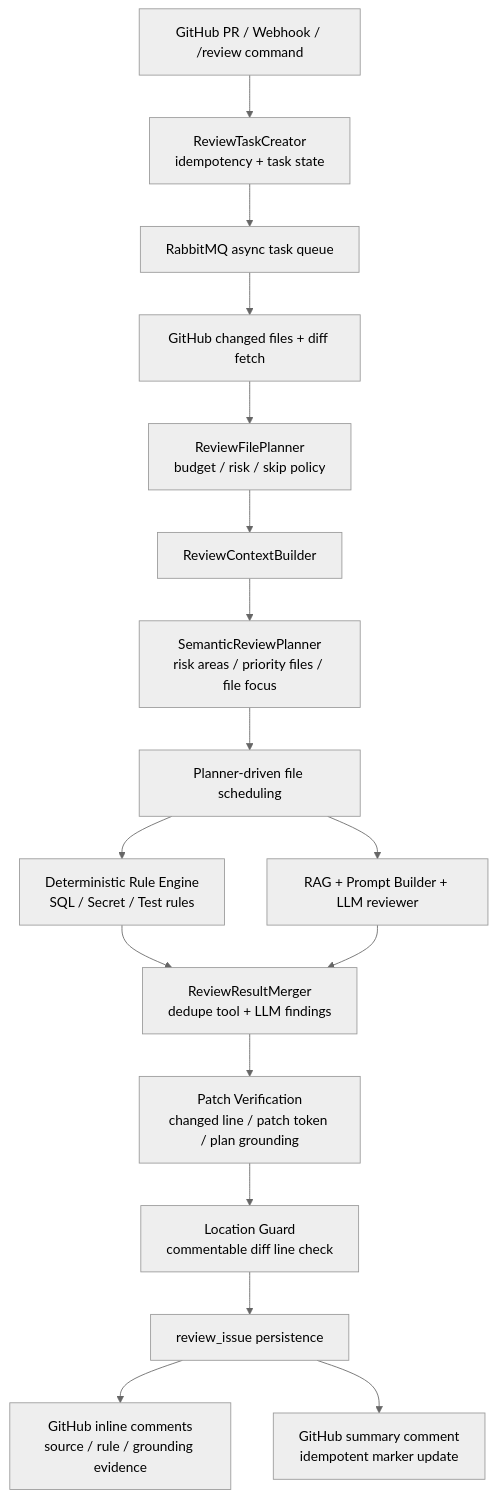
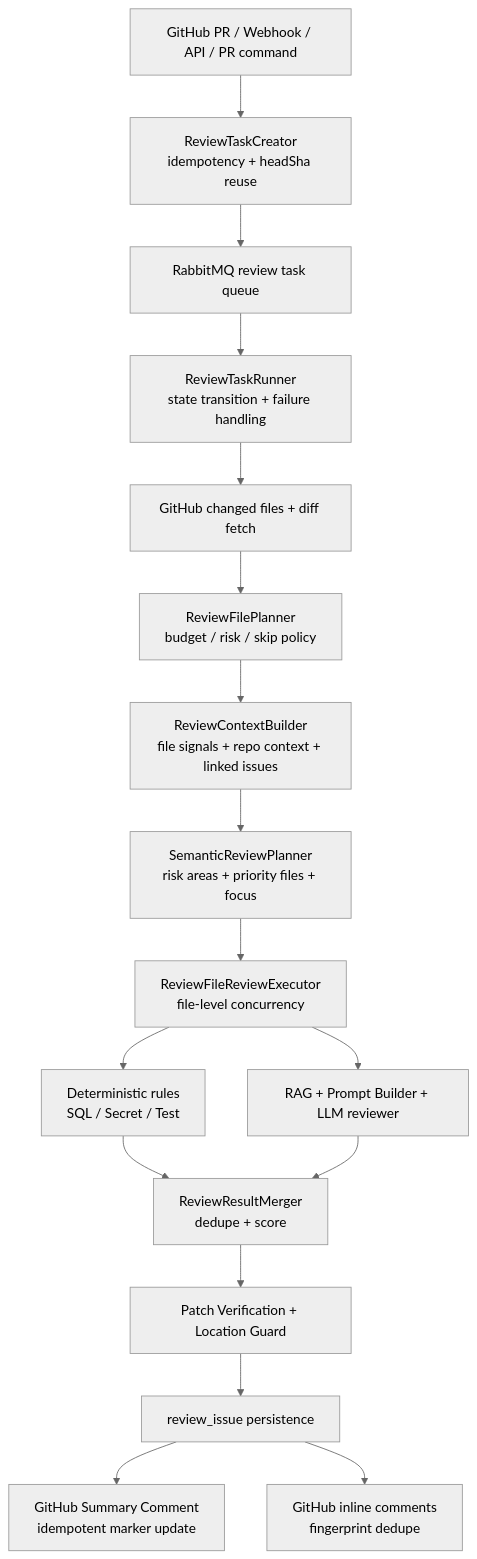
One commit to liche719/codeAireview changed the diagram in README.md. Above: the diagram before and after it, drawn with Mermaid (neutral theme). The commit also changed other lines of this file and 9 other files, not shown here.

Commit message:
Document CodePilot runtime evidence and smoke flow

````diff
--- a/README.md
+++ b/README.md
@@ -54,19 +29,19 @@
 ```mermaid
 flowchart TD
-    A["GitHub PR / Webhook / /review command"] --> B["ReviewTaskCreator<br/>idempotency + task state"]
-    B --> C["RabbitMQ async task queue"]
-    C --> D["GitHub changed files + diff fetch"]
-    D --> E["ReviewFilePlanner<br/>budget / risk / skip policy"]
-    E --> F["ReviewContextBuilder"]
-    F --> G["SemanticReviewPlanner<br/>risk areas / priority files / file focus"]
-    G --> H["Planner-driven file scheduling"]
-    H --> I["Deterministic Rule Engine<br/>SQL / Secret / Test rules"]
-    H --> J["RAG + Prompt Builder + LLM reviewer"]
-    I --> K["ReviewResultMerger<br/>dedupe tool + LLM findings"]
-    J --> K
-    K --> L["Patch Verification<br/>changed line / patch token / plan grounding"]
-    L --> M["Location Guard<br/>commentable diff line check"]
+    A["GitHub PR / Webhook / API / PR command"] --> B["ReviewTaskCreator<br/>idempotency + headSha reuse"]
+    B --> C["RabbitMQ review task queue"]
+    C --> D["ReviewTaskRunner<br/>state transition + failure handling"]
+    D --> E["GitHub changed files + diff fetch"]
+    E --> F["ReviewFilePlanner<br/>budget / risk / skip policy"]
+    F --> G["ReviewContextBuilder<br/>file signals + repo context + linked issues"]
+    G --> H["SemanticReviewPlanner<br/>risk areas + priority files + focus"]
+    H --> I["ReviewFileReviewExecutor<br/>file-level concurrency"]
+    I --> J["Deterministic rules<br/>SQL / Secret / Test"]
+    I --> K["RAG + Prompt Builder + LLM reviewer"]
+    J --> L["ReviewResultMerger<br/>dedupe + score"]
+    K --> L
+    L --> M["Patch Verification + Location Guard"]
     M --> N["review_issue persistence"]
-    N --> O["GitHub inline comments<br/>source / rule / grounding evidence"]
-    N --> P["GitHub summary comment<br/>idempotent marker update"]
+    N --> O["GitHub Summary Comment<br/>idempotent marker update"]
+    N --> P["GitHub inline comments<br/>fingerprint dedupe"]
 ```
````
